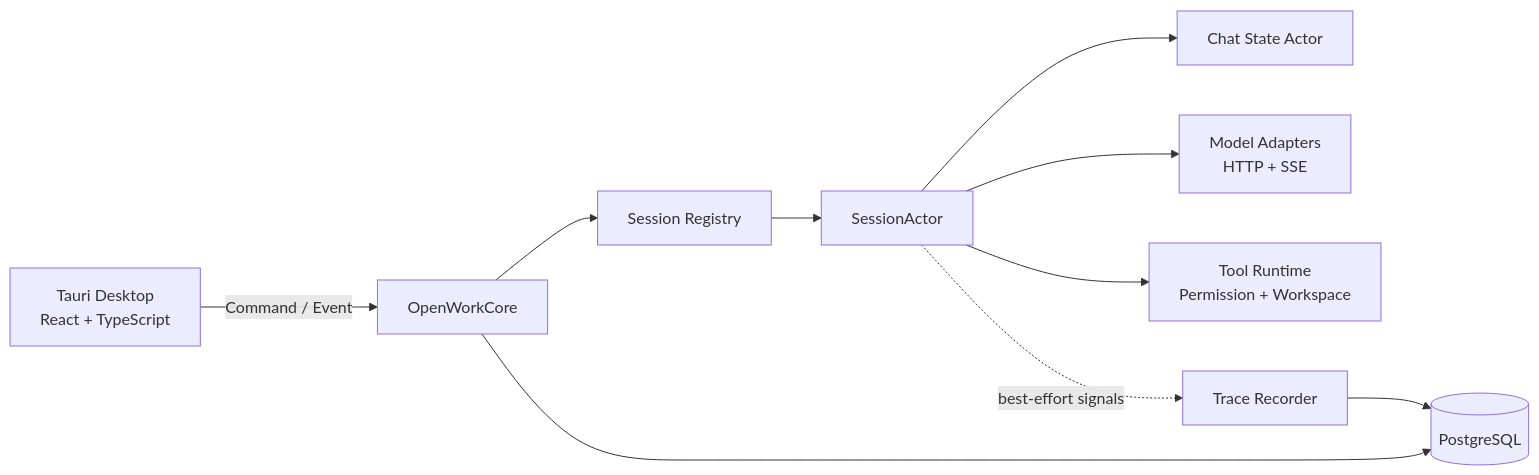
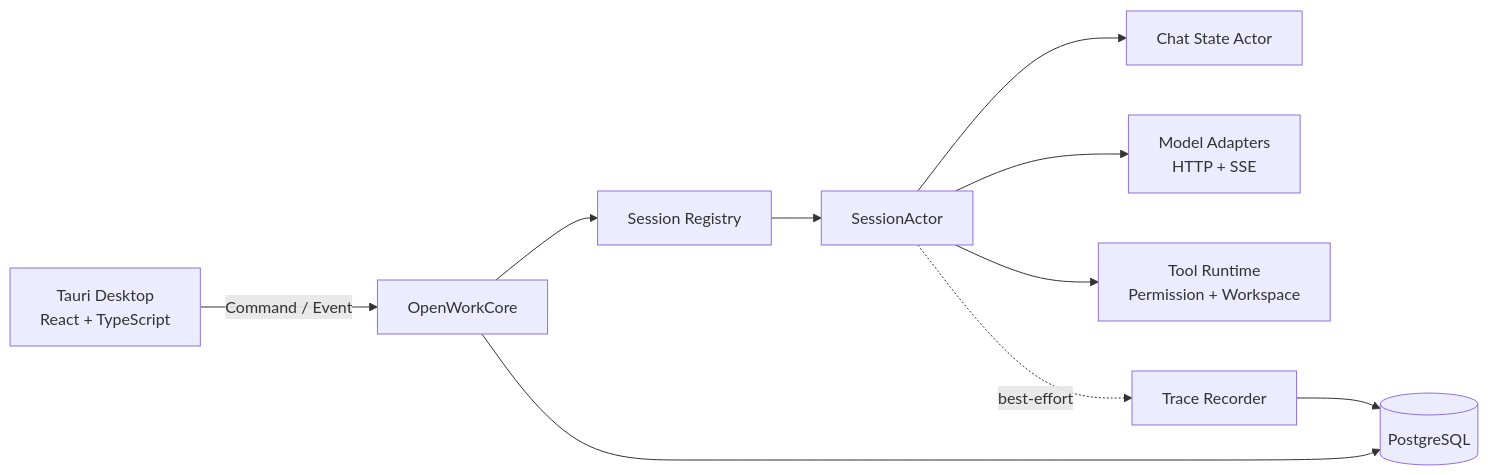
Before and after one commit to Aaron-Ben/OpenWork: the diagram in README.en.md, drawn with Mermaid. The commit also changed other lines of this file and 15 other files, not shown here.

````diff
--- a/README.en.md
+++ b/README.en.md
@@ -110,12 +132,12 @@
 ```mermaid
 flowchart LR
     UI["Tauri Desktop<br/>React + TypeScript"] -->|"Command / Event"| Core["OpenWorkCore"]
     Core --> Registry["Session Registry"]
     Registry --> Actor["SessionActor"]
     Actor --> Chat["Chat State Actor"]
     Actor --> Model["Model Adapters<br/>HTTP + SSE"]
     Actor --> Tools["Tool Runtime<br/>Permission + Workspace"]
     Core --> DB[("PostgreSQL")]
-    Actor -. "best-effort signals" .-> Trace["Trace Recorder"]
+    Actor -. "best-effort" .-> Trace["Trace Recorder"]
     Trace --> DB
 ```
````
